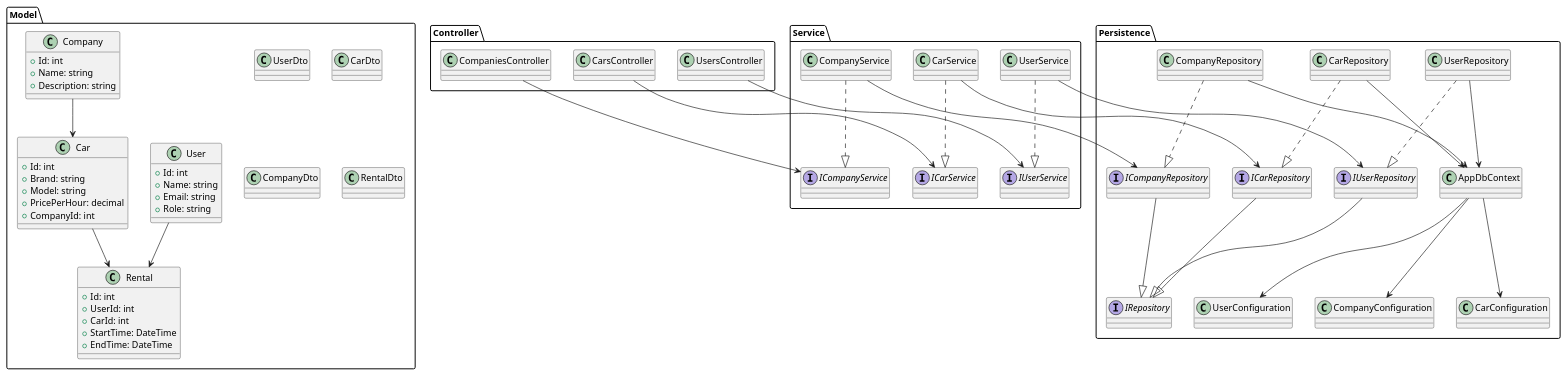
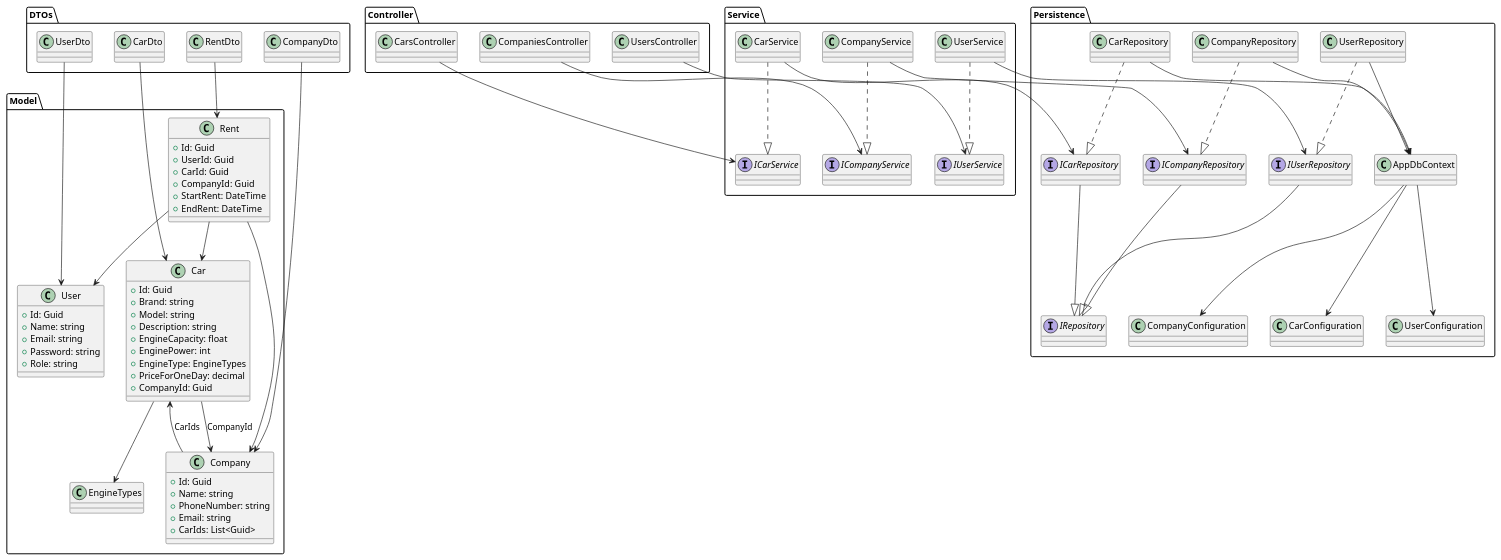
The diagram in Class.puml (vladryasov/CarRentalAggregator), drawn with PlantUML before and after one commit. The commit also changed 45 other files, not shown here.

```diff
--- a/Class.puml
+++ b/Class.puml
@@ -1,111 +1,129 @@
 @startuml Class
 
 ' ======= MODEL =======
 package "Model" {
+  class Car {
+    +Id: Guid
+    +Brand: string
+    +Model: string
+    +Description: string
+    +EngineCapacity: float
+    +EnginePower: int
+    +EngineType: EngineTypes
+    +PriceForOneDay: decimal
+    +CompanyId: Guid
+  }
+
+  class Company {
+    +Id: Guid
+    +Name: string
+    +PhoneNumber: string
+    +Email: string
+    +CarIds: List<Guid>
+  }
+
+  class Rent {
+    +Id: Guid
+    +UserId: Guid
+    +CarId: Guid
+    +CompanyId: Guid
+    +StartRent: DateTime
+    +EndRent: DateTime
+  }
+
   class User {
-    +Id: int
+    +Id: Guid
     +Name: string
     +Email: string
+    +Password: string
     +Role: string
   }
 
-  class Company {
-    +Id: int
-    +Name: string
-    +Description: string
-  }
+  Car --> EngineTypes
+  Car --> Company : CompanyId
+  Company --> Car : CarIds
+  Rent --> Car
+  Rent --> Company
+  Rent --> User
+}
 
-  class Car {
-    +Id: int
-    +Brand: string
-    +Model: string
-    +PricePerHour: decimal
-    +CompanyId: int
-  }
-
-  class Rental {
-    +Id: int
-    +UserId: int
-    +CarId: int
-    +StartTime: DateTime
-    +EndTime: DateTime
-  }
-
+package "DTOs"{
   class UserDto
   class CarDto
   class CompanyDto
-  class RentalDto
+  class RentDto
 
-  User --> Rental
-  Car --> Rental
-  Company --> Car
+  UserDto --> User
+  CarDto --> Car
+  CompanyDto --> Company
+  RentDto --> Rent
+
 }
-
 ' ======= SERVICE =======
 package "Service" {
   interface IUserService
   class UserService
   UserService ..|> IUserService
 
   interface ICarService
   class CarService
   CarService ..|> ICarService
 
   interface ICompanyService
   class CompanyService
   CompanyService ..|> ICompanyService
 }
 
 ' ======= CONTROLLER =======
 package "Controller" {
   class UsersController
   class CarsController
   class CompaniesController
 
   UsersController --> IUserService
   CarsController --> ICarService
   CompaniesController --> ICompanyService
 }
 
 ' ======= PERSISTENCE =======
 package "Persistence" {
   ' Базовый интерфейс без generic
   interface IRepository
 
   interface ICarRepository
   interface IUserRepository
   interface ICompanyRepository
 
   class CarRepository
   class UserRepository
   class CompanyRepository
 
   class AppDbContext
   class CarConfiguration
   class UserConfiguration
   class CompanyConfiguration
 
   ' Связи без <T>
   ICarRepository --|> IRepository
   IUserRepository --|> IRepository
   ICompanyRepository --|> IRepository
 
   CarRepository ..|> ICarRepository
   UserRepository ..|> IUserRepository
   CompanyRepository ..|> ICompanyRepository
 
   CarRepository --> AppDbContext
   UserRepository --> AppDbContext
   CompanyRepository --> AppDbContext
 
   AppDbContext --> CarConfiguration
   AppDbContext --> UserConfiguration
   AppDbContext --> CompanyConfiguration
 }
 
 ' ======= СВЯЗИ между слоями =======
 UserService --> IUserRepository
 CarService --> ICarRepository
 CompanyService --> ICompanyRepository
 
 @enduml
```
